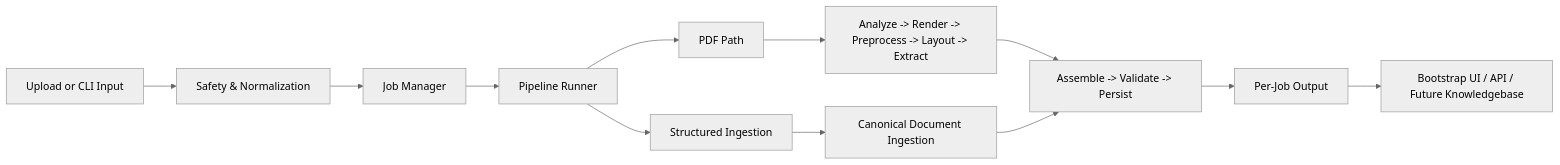
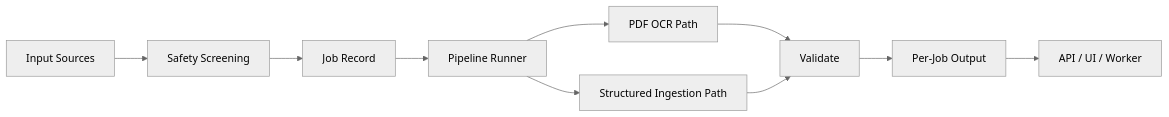
Before and after one commit to Ghost24into7/project-janus: the diagram in README.md, drawn with Mermaid (neutral theme). The commit also changed other lines of this file, not shown here.

Commit message:
docs: elevate README system architecture

````diff
--- a/README.md
+++ b/README.md
@@ -25,14 +26,12 @@
 ```mermaid
 flowchart LR
-  A[Upload or CLI Input] --> B[Safety & Normalization]
-  B --> C[Job Manager]
-  C --> D[Pipeline Runner]
-  D --> E1[PDF Path]
-  D --> E2[Structured Ingestion]
-  E1 --> F1[Analyze -> Render -> Preprocess -> Layout -> Extract]
-  E2 --> F2[Canonical Document Ingestion]
-  F1 --> G[Assemble -> Validate -> Persist]
-  F2 --> G
-  G --> H[Per-Job Output]
-  H --> I[Bootstrap UI / API / Future Knowledgebase]
+  U[Input Sources] --> S[Safety Screening]
+  S --> J[Job Record]
+  J --> R[Pipeline Runner]
+  R --> P1[PDF OCR Path]
+  R --> P2[Structured Ingestion Path]
+  P1 --> V[Validate]
+  P2 --> V
+  V --> O[Per-Job Output]
+  O --> X[API / UI / Worker]
 ```
````
